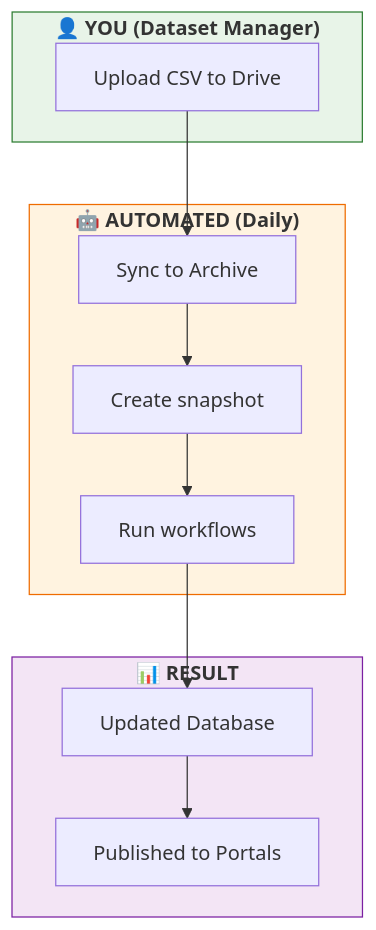
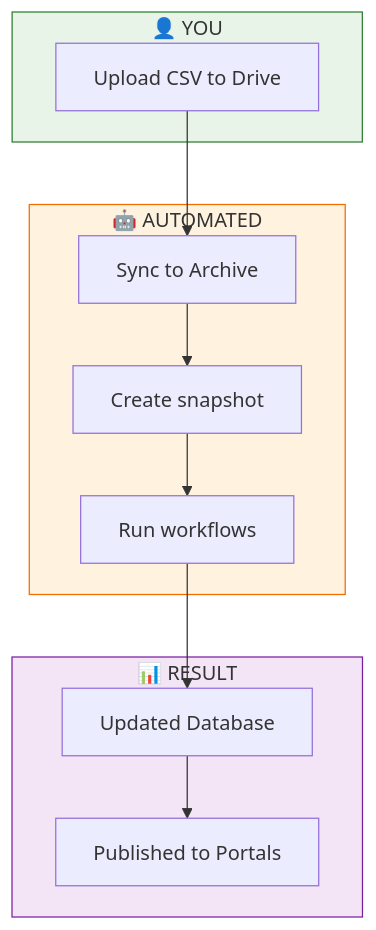
One commit to CalCOFI/workflows changed the second of 9 diagrams in README_PLAN.qmd. Above: the diagram before and after it, drawn with Mermaid. The commit also changed other lines of this file and 1 other file, not shown here.

Commit message:
mmd diagram cleanup

````diff
--- a/README_PLAN.qmd
+++ b/README_PLAN.qmd
@@ -191,26 +198,26 @@
 ```{mermaid}
 %%| label: fig-data-flow-simple
 %%| fig-cap: "Simplified Data Flow"
 
 flowchart TB
-    subgraph you["<b>👤 YOU (Dataset Manager)</b>"]
+    subgraph you["👤 YOU"]
         upload["Upload CSV to Drive"]
     end
 
-    subgraph auto["<b>🤖 AUTOMATED (Daily)</b>"]
+    subgraph auto["🤖 AUTOMATED"]
         sync["Sync to Archive"]
         snapshot["Create snapshot"]
         transform["Run workflows"]
     end
 
-    subgraph result["<b>📊 RESULT</b>"]
+    subgraph result["📊 RESULT"]
         db["Updated Database"]
         portals["Published to Portals"]
     end
 
     upload --> sync --> snapshot --> transform --> db --> portals
 
     style you fill:#e8f4e8,stroke:#2e7d32
     style auto fill:#fff3e0,stroke:#ef6c00
     style result fill:#f3e5f5,stroke:#7b1fa2
 ```
````
